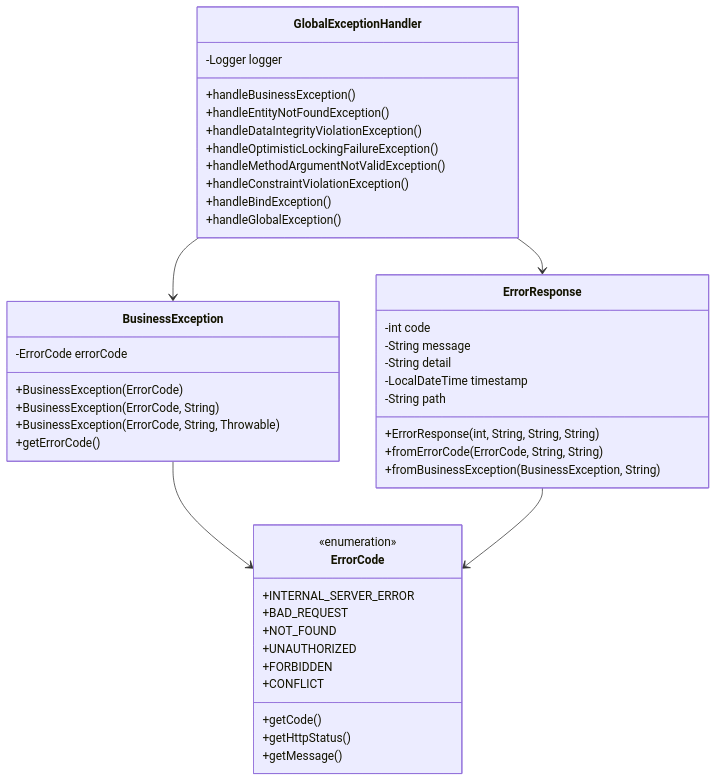
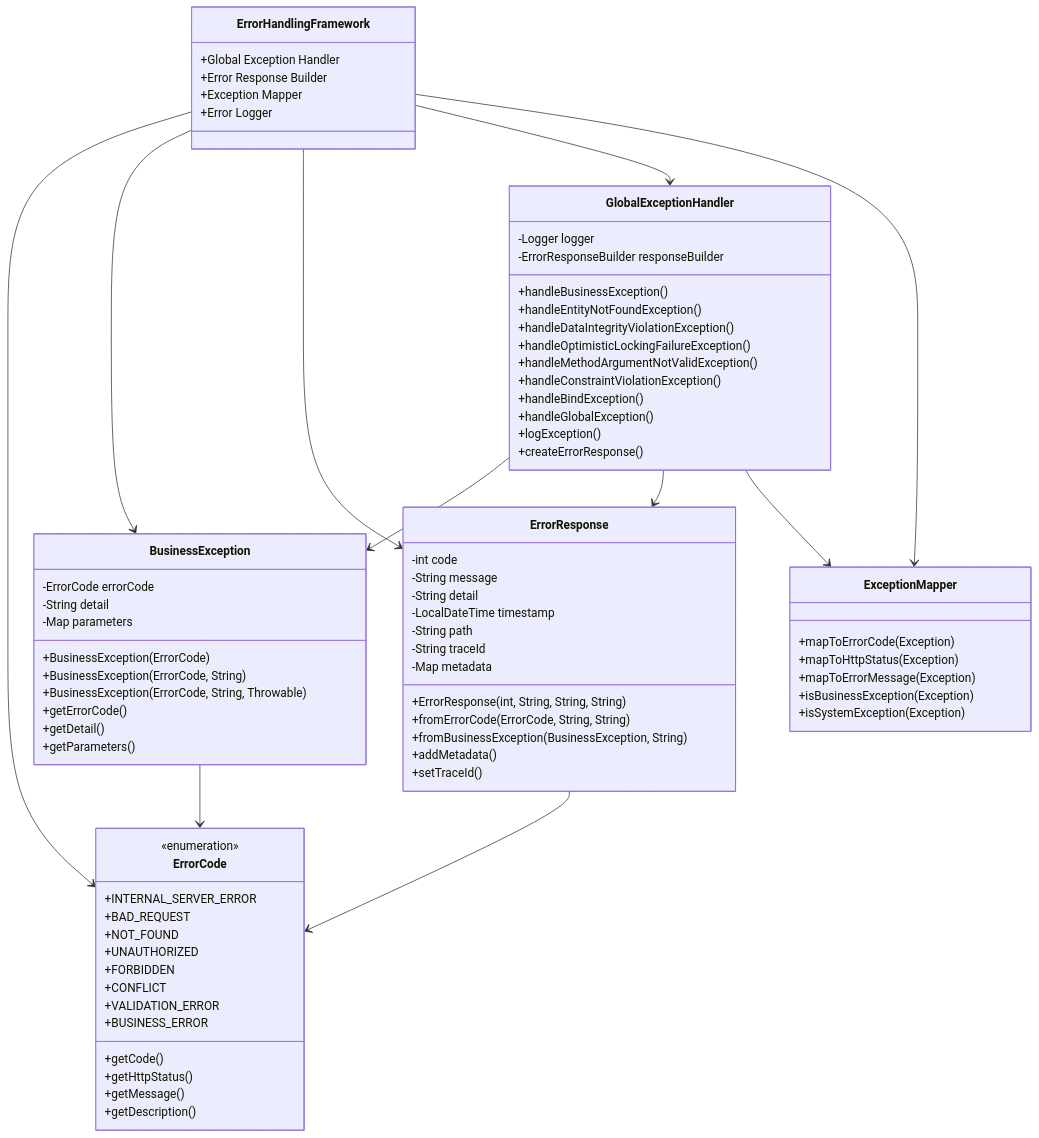
Before and after one commit to Vinskao/ty-multiverse-backend: the tenth of 16 diagrams in README.md, drawn with Mermaid. The commit also changed other lines of this file, not shown here.

Commit message:
info: update graph

````diff
--- a/README.md
+++ b/README.md
@@ -342,5 +570,12 @@
 ```mermaid
 classDiagram
+    class ErrorHandlingFramework {
+        +Global Exception Handler
+        +Error Response Builder
+        +Exception Mapper
+        +Error Logger
+    }
+    
     class ErrorCode {
         <<enumeration>>
         +INTERNAL_SERVER_ERROR
@@ -349,17 +584,24 @@
         +UNAUTHORIZED
         +FORBIDDEN
         +CONFLICT
+        +VALIDATION_ERROR
+        +BUSINESS_ERROR
         +getCode()
         +getHttpStatus()
         +getMessage()
+        +getDescription()
     }
     
     class BusinessException {
         -ErrorCode errorCode
+        -String detail
+        -Map<String, Object> parameters
         +BusinessException(ErrorCode)
         +BusinessException(ErrorCode, String)
         +BusinessException(ErrorCode, String, Throwable)
         +getErrorCode()
+        +getDetail()
+        +getParameters()
     }
     
     class ErrorResponse {
@@ -368,13 +610,18 @@
         -String detail
         -LocalDateTime timestamp
         -String path
+        -String traceId
+        -Map<String, Object> metadata
         +ErrorResponse(int, String, String, String)
         +fromErrorCode(ErrorCode, String, String)
         +fromBusinessException(BusinessException, String)
+        +addMetadata()
+        +setTraceId()
     }
     
     class GlobalExceptionHandler {
         -Logger logger
+        -ErrorResponseBuilder responseBuilder
         +handleBusinessException()
         +handleEntityNotFoundException()
         +handleDataIntegrityViolationException()
@@ -383,10 +630,26 @@
         +handleConstraintViolationException()
         +handleBindException()
         +handleGlobalException()
+        +logException()
+        +createErrorResponse()
     }
     
+    class ExceptionMapper {
+        +mapToErrorCode(Exception)
+        +mapToHttpStatus(Exception)
+        +mapToErrorMessage(Exception)
+        +isBusinessException(Exception)
+        +isSystemException(Exception)
+    }
+    
+    ErrorHandlingFramework --> ErrorCode
+    ErrorHandlingFramework --> BusinessException
+    ErrorHandlingFramework --> ErrorResponse
+    ErrorHandlingFramework --> GlobalExceptionHandler
+    ErrorHandlingFramework --> ExceptionMapper
     BusinessException --> ErrorCode
     ErrorResponse --> ErrorCode
     GlobalExceptionHandler --> BusinessException
     GlobalExceptionHandler --> ErrorResponse
+    GlobalExceptionHandler --> ExceptionMapper
 ```
````
